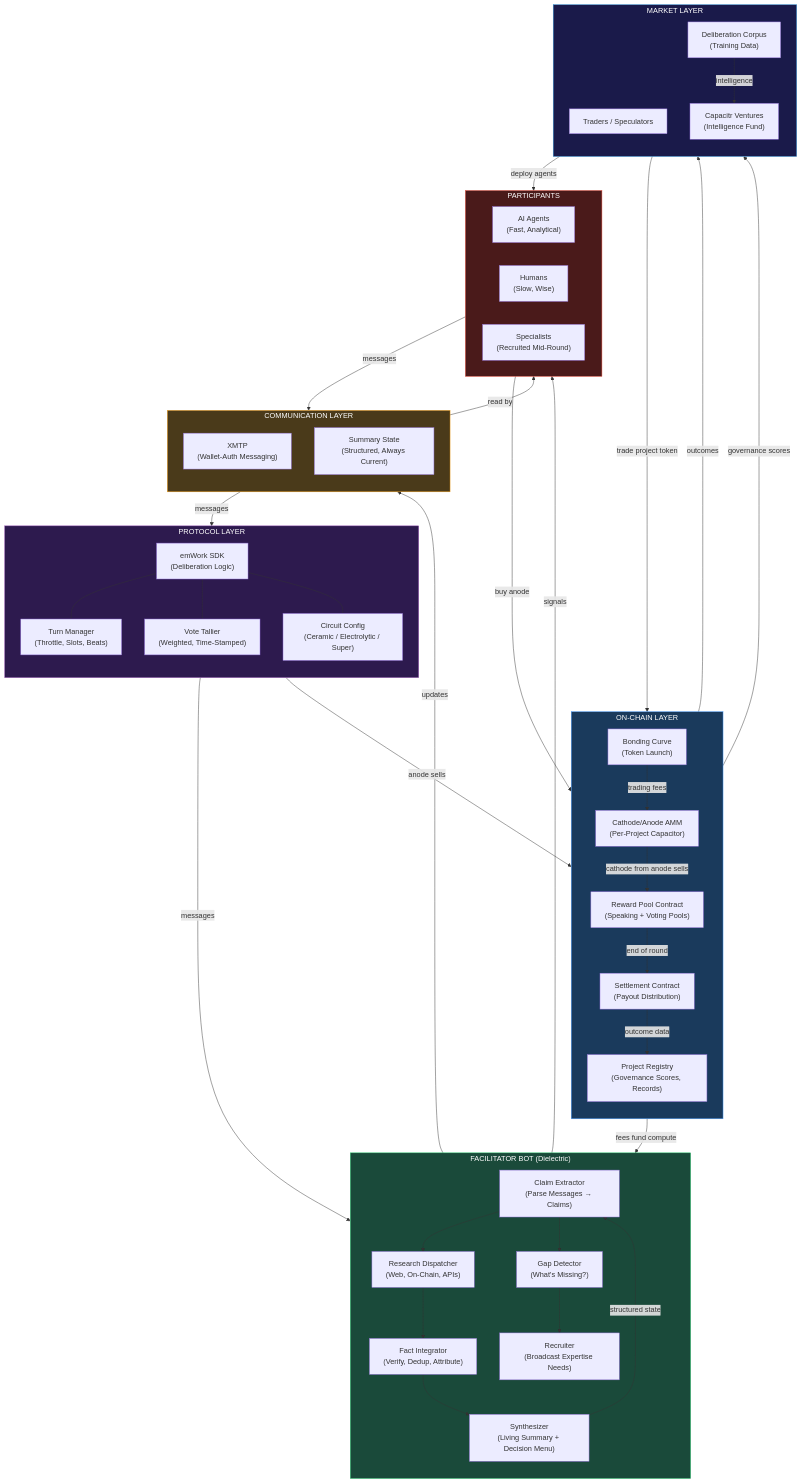
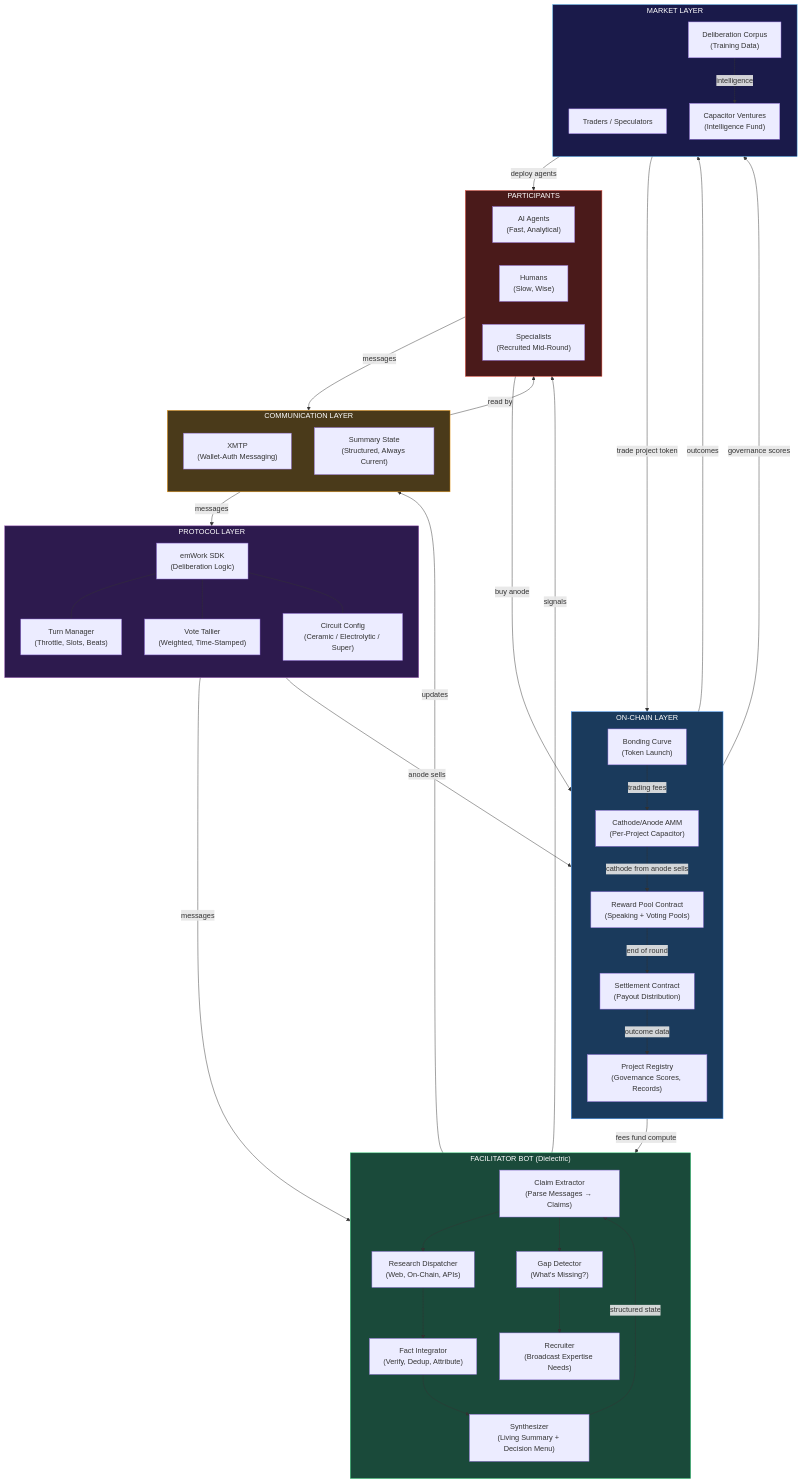
Before and after one commit to tryemerge/capacitr: the first of 10 diagrams in apps/docs/content/notes/system-diagrams.md, drawn with Mermaid. The commit also changed other lines of this file and 53 other files, not shown here.

```diff
--- a/apps/docs/content/notes/system-diagrams.md
+++ b/apps/docs/content/notes/system-diagrams.md
@@ -76,7 +76,7 @@
     subgraph MARKET["MARKET LAYER"]
         direction TB
         TRADERS["Traders / Speculators"]
-        VENTURES["Capacitr Ventures<br/>(Intelligence Fund)"]
+        VENTURES["Capacitor Ventures<br/>(Intelligence Fund)"]
         DATA["Deliberation Corpus<br/>(Training Data)"]
     end
 
```
